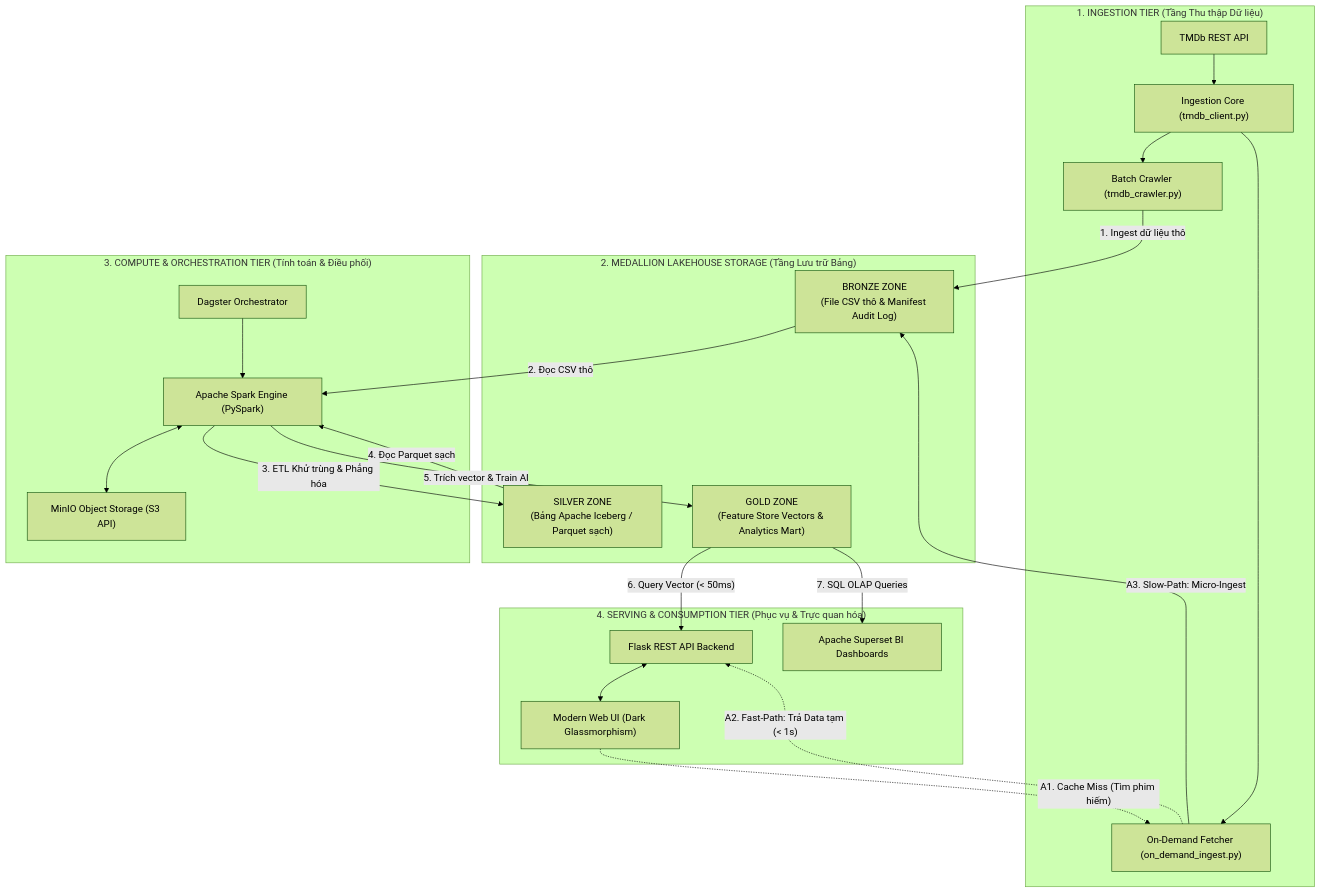
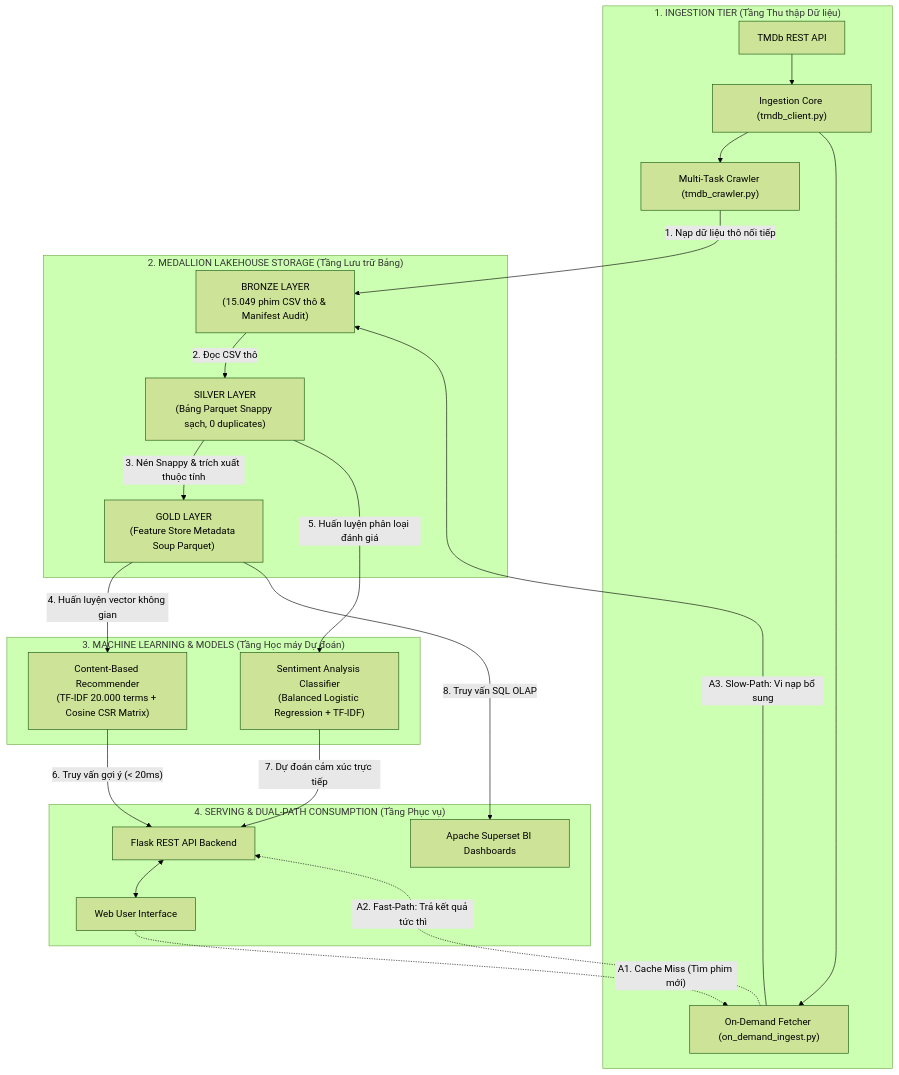
Before and after one commit to tuanh250105/movie-data-platform: the diagram in README.md, drawn with Mermaid (forest theme). The commit also changed other lines of this file and 14 other files, not shown here.

Commit message:
Implement Gold Feature Store, Content-Based Recommendation and Sentiment Analysis pipelines with comprehensive system evaluation

````diff
--- a/README.md
+++ b/README.md
@@ -30,44 +31,40 @@
 ```mermaid
 flowchart TD
     subgraph T1 ["1. INGESTION TIER (Tầng Thu thập Dữ liệu)"]
         TMDB["TMDb REST API"] --> Client["Ingestion Core (tmdb_client.py)"]
-        Client --> Crawler["Batch Crawler (tmdb_crawler.py)"]
+        Client --> Crawler["Multi-Task Crawler (tmdb_crawler.py)"]
         Client --> OnDemand["On-Demand Fetcher (on_demand_ingest.py)"]
     end
 
     subgraph T2 ["2. MEDALLION LAKEHOUSE STORAGE (Tầng Lưu trữ Bảng)"]
-        Bronze["BRONZE ZONE<br/>(File CSV thô & Manifest Audit Log)"]
-        Silver["SILVER ZONE<br/>(Bảng Apache Iceberg / Parquet sạch)"]
-        Gold["GOLD ZONE<br/>(Feature Store Vectors & Analytics Mart)"]
+        Bronze["BRONZE LAYER<br/>(15.049 phim CSV thô & Manifest Audit)"]
+        Silver["SILVER LAYER<br/>(Bảng Parquet Snappy sạch, 0 duplicates)"]
+        Gold["GOLD LAYER<br/>(Feature Store Metadata Soup Parquet)"]
     end
 
-    subgraph T3 ["3. COMPUTE & ORCHESTRATION TIER (Tính toán & Điều phối)"]
-        Spark["Apache Spark Engine (PySpark)"]
-        MinIO["MinIO Object Storage (S3 API)"]
-        Dagster["Dagster Orchestrator"]
-        
-        Spark <--> MinIO
-        Dagster --> Spark
+    subgraph T3 ["3. MACHINE LEARNING & MODELS (Tầng Học máy Dự đoán)"]
+        Recommender["Content-Based Recommender<br/>(TF-IDF 20.000 terms + Cosine CSR Matrix)"]
+        Sentiment["Sentiment Analysis Classifier<br/>(Balanced Logistic Regression + TF-IDF)"]
     end
 
-    subgraph T4 ["4. SERVING & CONSUMPTION TIER (Phục vụ & Trực quan hóa)"]
-        Flask["Flask REST API Backend"]
-        WebUI["Modern Web UI (Dark Glassmorphism)"]
+    subgraph T4 ["4. SERVING & DUAL-PATH CONSUMPTION (Tầng Phục vụ)"]
+        API["Flask REST API Backend"]
+        WebUI["Web User Interface"]
         Superset["Apache Superset BI Dashboards"]
-        
-        Flask <--> WebUI
     end
 
-    Crawler -->|"1. Ingest dữ liệu thô"| Bronze
-    Bronze -->|"2. Đọc CSV thô"| Spark
-    Spark -->|"3. ETL Khử trùng & Phẳng hóa"| Silver
-    Silver -->|"4. Đọc Parquet sạch"| Spark
-    Spark -->|"5. Trích vector & Train AI"| Gold
+    Crawler -->|"1. Nạp dữ liệu thô nối tiếp"| Bronze
+    Bronze -->|"2. Đọc CSV thô"| Silver
+    Silver -->|"3. Nén Snappy & trích xuất thuộc tính"| Gold
+    Gold -->|"4. Huấn luyện vector không gian"| Recommender
+    Silver -->|"5. Huấn luyện phân loại đánh giá"| Sentiment
 
-    Gold -->|"6. Query Vector (< 50ms)"| Flask
-    Gold -->|"7. SQL OLAP Queries"| Superset
+    Recommender -->|"6. Truy vấn gợi ý (< 20ms)"| API
+    Sentiment -->|"7. Dự đoán cảm xúc trực tiếp"| API
+    Gold -->|"8. Truy vấn SQL OLAP"| Superset
 
-    WebUI -. "A1. Cache Miss (Tìm phim hiếm)" .-> OnDemand
-    OnDemand -. "A2. Fast-Path: Trả Data tạm (< 1s)" .-> Flask
-    OnDemand -->|"A3. Slow-Path: Micro-Ingest"| Bronze
+    API <--> WebUI
+    WebUI -. "A1. Cache Miss (Tìm phim mới)" .-> OnDemand
+    OnDemand -. "A2. Fast-Path: Trả kết quả tức thì" .-> API
+    OnDemand -->|"A3. Slow-Path: Vi nạp bổ sung"| Bronze
 ```
````
